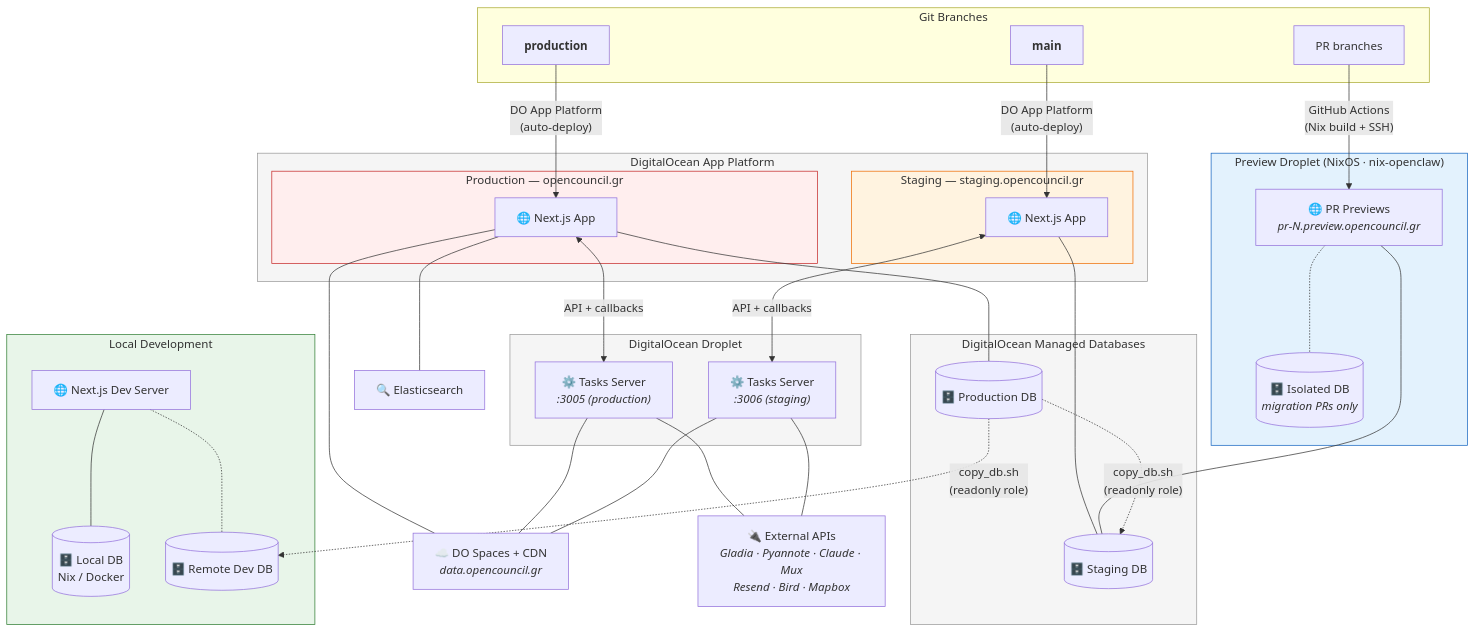
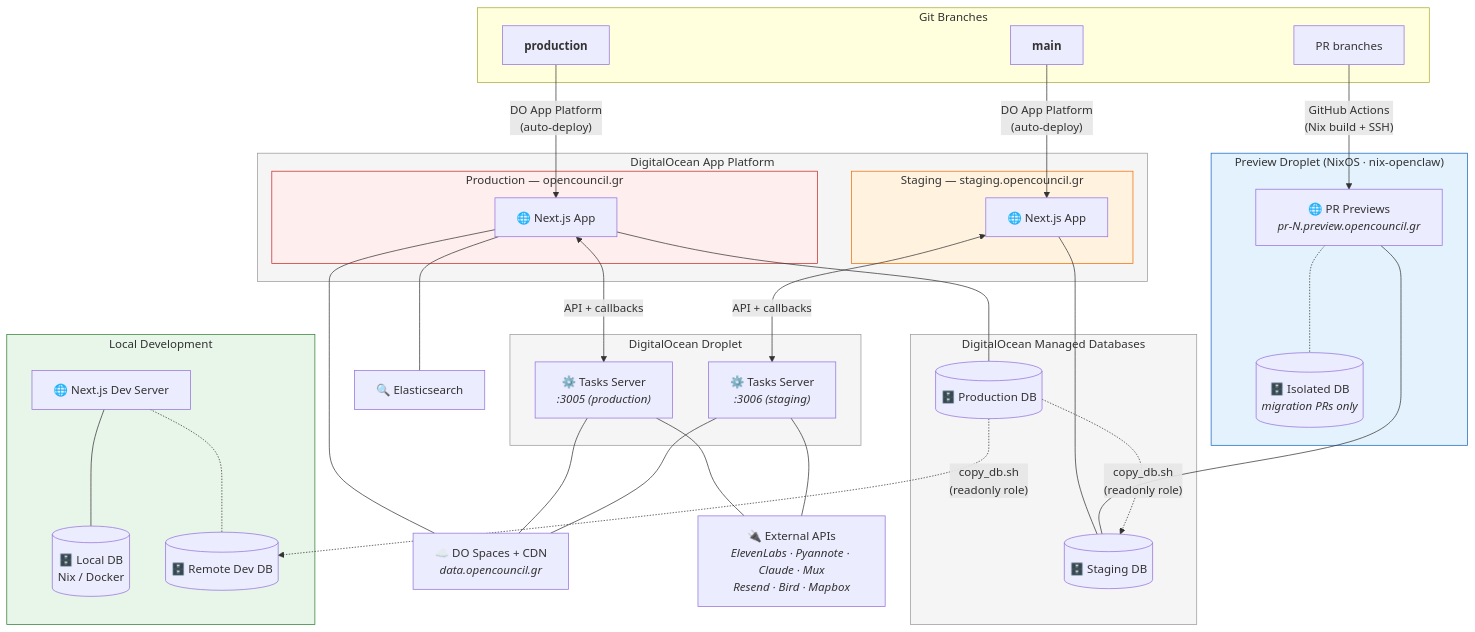
One commit to schemalabz/opencouncil changed the diagram in docs/infrastructure.md. Above: the diagram before and after it, drawn with Mermaid. The commit also changed 2 other files, not shown here.

````diff
--- a/docs/infrastructure.md
+++ b/docs/infrastructure.md
@@ -7,74 +7,74 @@
 ```mermaid
 graph TB
     subgraph branches ["Git Branches"]
         B_prod["<b>production</b>"]
         B_main["<b>main</b>"]
         B_pr["PR branches"]
     end
 
     subgraph do_app_platform ["DigitalOcean App Platform"]
         subgraph prod ["Production — opencouncil.gr"]
             app_prod["🌐 Next.js App"]
         end
         subgraph staging ["Staging — staging.opencouncil.gr"]
             app_staging["🌐 Next.js App"]
         end
     end
 
     subgraph do_droplet ["DigitalOcean Droplet"]
         tasks_prod["⚙️ Tasks Server<br/><i>:3005 (production)</i>"]
         tasks_staging["⚙️ Tasks Server<br/><i>:3006 (staging)</i>"]
     end
 
     subgraph do_managed_db ["DigitalOcean Managed Databases"]
         db_prod[("🗄️ Production DB")]
         db_staging[("🗄️ Staging DB")]
     end
 
     subgraph preview_droplet ["Preview Droplet (NixOS · nix-openclaw)"]
         app_preview["🌐 PR Previews<br/><i>pr-N.preview.opencouncil.gr</i>"]
         db_preview[("🗄️ Isolated DB<br/><i>migration PRs only</i>")]
     end
 
     subgraph local ["Local Development"]
         app_local["🌐 Next.js Dev Server"]
         db_local[("🗄️ Local DB<br/>Nix / Docker")]
         db_dev[("🗄️ Remote Dev DB")]
     end
 
     es["🔍 Elasticsearch"]
     spaces["☁️ DO Spaces + CDN<br/><i>data.opencouncil.gr</i>"]
-    external["🔌 External APIs<br/><i>Gladia · Pyannote · Claude · Mux<br/>Resend · Bird · Mapbox</i>"]
+    external["🔌 External APIs<br/><i>ElevenLabs · Pyannote · Claude · Mux<br/>Resend · Bird · Mapbox</i>"]
 
     B_prod -->|"DO App Platform<br/>(auto-deploy)"| app_prod
     B_main -->|"DO App Platform<br/>(auto-deploy)"| app_staging
     B_pr -->|"GitHub Actions<br/>(Nix build + SSH)"| app_preview
 
     app_prod --- db_prod
     app_prod --- es
     app_prod --- spaces
     app_prod <-->|"API + callbacks"| tasks_prod
     tasks_prod --- spaces
     tasks_prod --- external
 
     app_staging --- db_staging
     app_staging <-->|"API + callbacks"| tasks_staging
     tasks_staging --- spaces
     tasks_staging --- external
     app_preview --- db_staging
     app_preview -.- db_preview
 
     app_local --- db_local
     app_local -.- db_dev
 
     db_prod -. "copy_db.sh<br/>(readonly role)" .-> db_staging
     db_prod -. "copy_db.sh<br/>(readonly role)" .-> db_dev
 
     style do_app_platform fill:#f5f5f5,stroke:#999,color:#333
     style prod fill:#fee,stroke:#c62828,color:#333
     style staging fill:#fff3e0,stroke:#ef6c00,color:#333
     style do_droplet fill:#f5f5f5,stroke:#999,color:#333
     style do_managed_db fill:#f5f5f5,stroke:#999,color:#333
     style preview_droplet fill:#e3f2fd,stroke:#1565c0,color:#333
     style local fill:#e8f5e9,stroke:#2e7d32,color:#333
 ```
````
